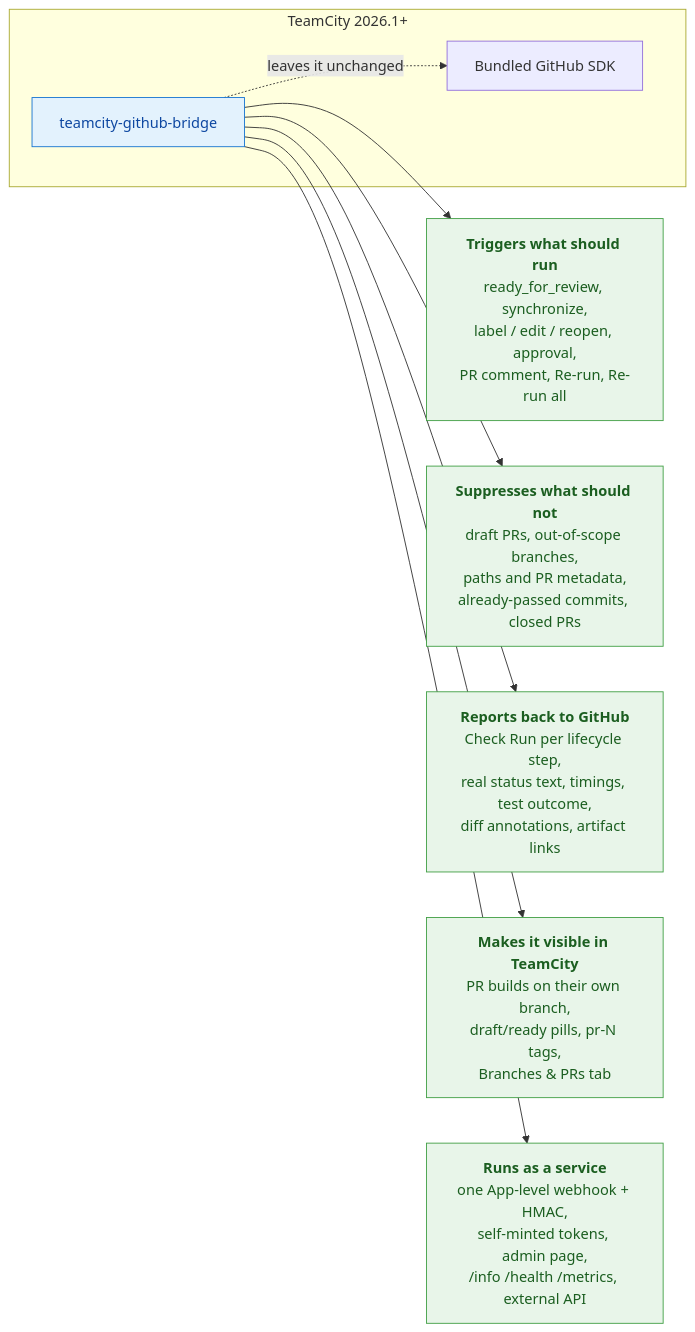
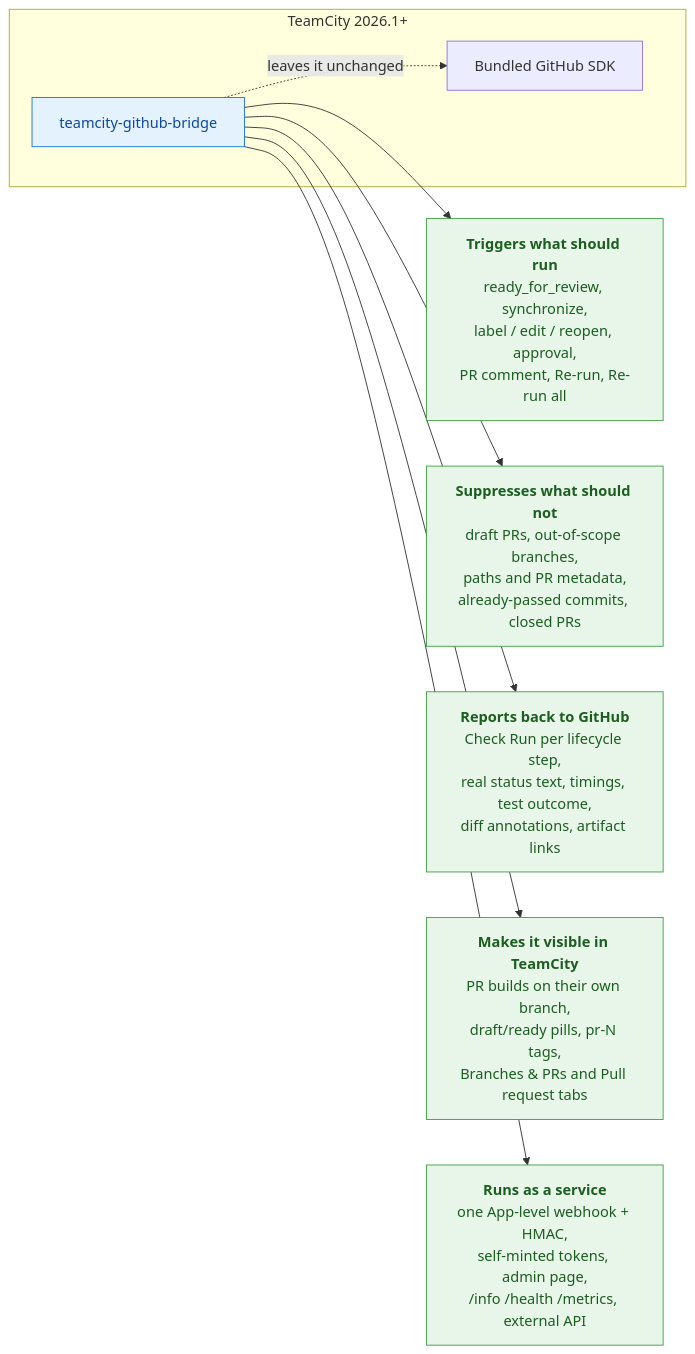
One commit to Silmaen/teamcity-github changed the first of 2 diagrams in README.md. Above: the diagram before and after it, drawn with Mermaid. The commit also changed other lines of this file and 24 other files, not shown here.

````diff
--- a/README.md
+++ b/README.md
@@ -45,23 +45,23 @@
 ```mermaid
 flowchart LR
     classDef solved fill:#e8f5e9,stroke:#43a047,color:#1b5e20
     classDef plugin fill:#e3f2fd,stroke:#1976d2,color:#0d47a1
 
     subgraph TeamCity["TeamCity 2026.1+"]
         SDK["Bundled GitHub SDK"]
         BRIDGE["teamcity-github-bridge"]:::plugin
     end
 
     TRIG["<b>Triggers what should run</b><br/>ready_for_review, synchronize,<br/>label / edit / reopen, approval,<br/>PR comment, Re-run, Re-run all"]:::solved
     SKIP["<b>Suppresses what should not</b><br/>draft PRs, out-of-scope branches,<br/>paths and PR metadata,<br/>already-passed commits, closed PRs"]:::solved
     PUB["<b>Reports back to GitHub</b><br/>Check Run per lifecycle step,<br/>real status text, timings, test outcome,<br/>diff annotations, artifact links"]:::solved
-    VIEW["<b>Makes it visible in TeamCity</b><br/>PR builds on their own branch,<br/>draft/ready pills, pr-N tags,<br/>Branches &amp; PRs tab"]:::solved
+    VIEW["<b>Makes it visible in TeamCity</b><br/>PR builds on their own branch,<br/>draft/ready pills, pr-N tags,<br/>Branches &amp; PRs and Pull request tabs"]:::solved
     OPS["<b>Runs as a service</b><br/>one App-level webhook + HMAC,<br/>self-minted tokens, admin page,<br/>/info /health /metrics, external API"]:::solved
 
     BRIDGE -. "leaves it unchanged" .-> SDK
     BRIDGE --> TRIG
     BRIDGE --> SKIP
     BRIDGE --> PUB
     BRIDGE --> VIEW
     BRIDGE --> OPS
 ```
````
